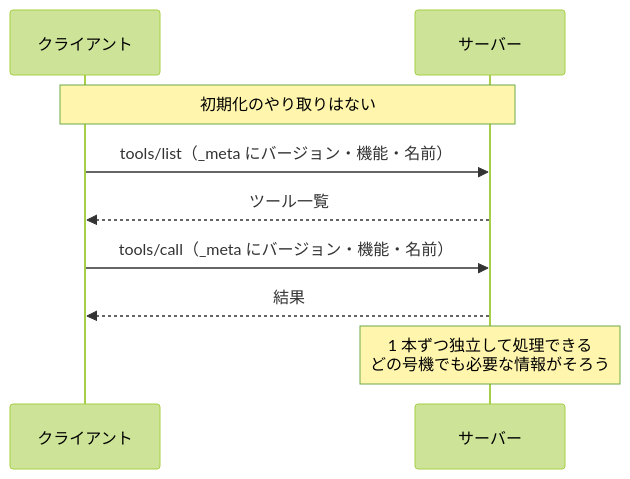
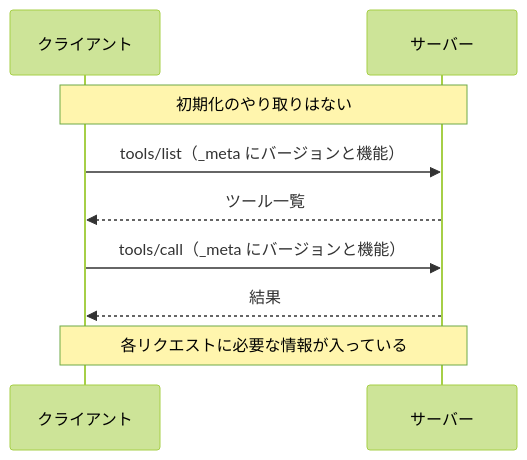
The third of 5 diagrams in public/2026-08-mcp-2026-07-28.md (yamazaki-yuki-23/qiita-tech-blogs), drawn with Mermaid (forest theme) before and after one commit. The commit also changed other lines of this file and 1 other file, not shown here.

````diff
--- a/public/2026-08-mcp-2026-07-28.md
+++ b/public/2026-08-mcp-2026-07-28.md
@@ -152,13 +122,13 @@
 ```mermaid
 sequenceDiagram
     participant C as クライアント
     participant S as サーバー
 
     Note over C,S: 初期化のやり取りはない
 
-    C->>S: tools/list（_meta にバージョン・機能・名前）
+    C->>S: tools/list（_meta にバージョンと機能）
     S-->>C: ツール一覧
-    C->>S: tools/call（_meta にバージョン・機能・名前）
+    C->>S: tools/call（_meta にバージョンと機能）
     S-->>C: 結果
-    Note over S: 1 本ずつ独立して処理できる<br/>どの号機でも必要な情報がそろう
+    Note over C,S: 各リクエストに必要な情報が入っている
 ```
````
